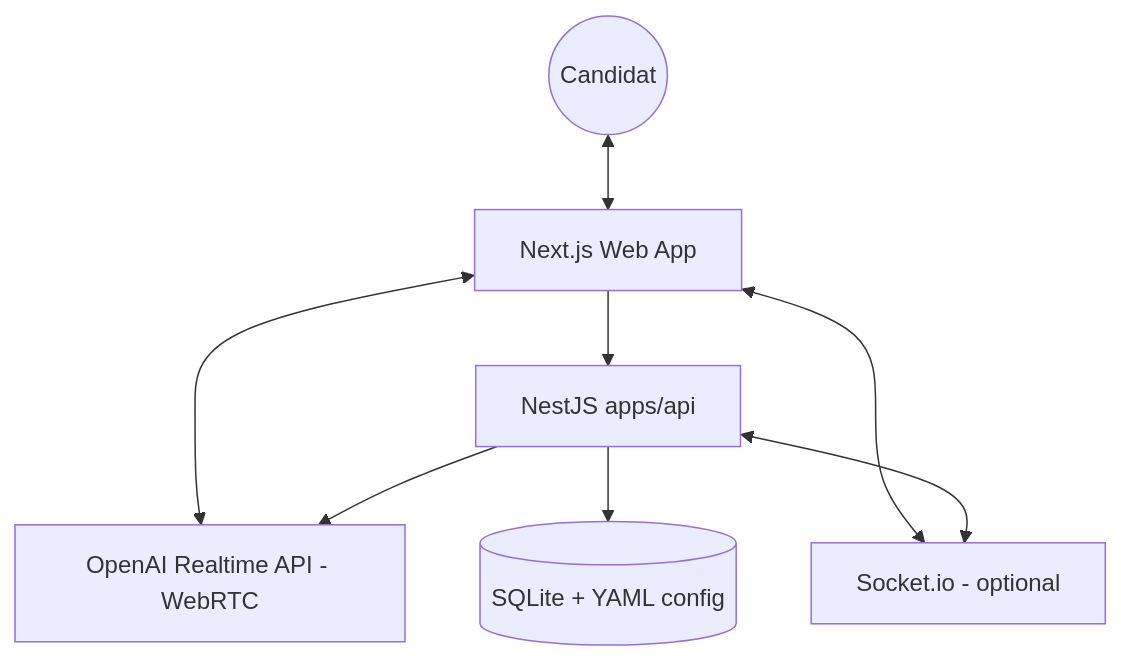
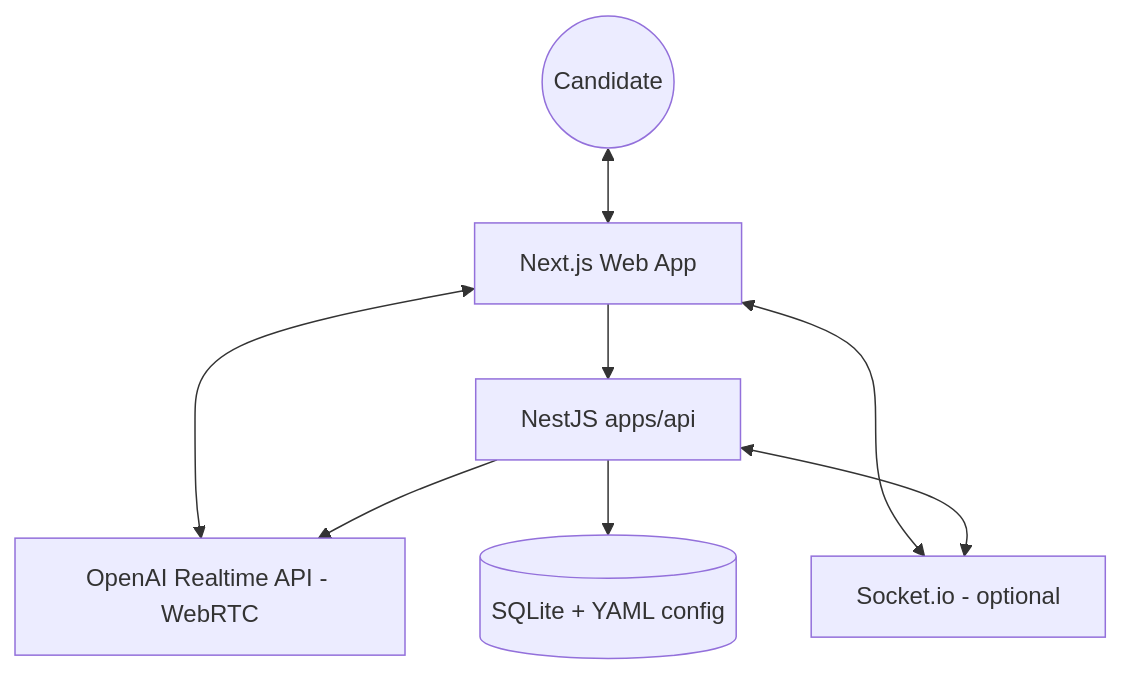
One commit to yortyrh/parle-tcf changed the diagram in AGENTS.md. Above: the diagram before and after it, drawn with Mermaid. The commit also changed other lines of this file and 15 other files, not shown here.

````diff
--- a/AGENTS.md
+++ b/AGENTS.md
@@ -7,10 +7,10 @@
 ```mermaid
 graph TD
-  User((Candidat)) <--> Web[Next.js Web App]
+  User((Candidate)) <--> Web[Next.js Web App]
   Web --> API[NestJS apps/api]
   Web <--> OAI[OpenAI Realtime API - WebRTC]
   API --> OAI
   API --> DB[(SQLite + YAML config)]
   Web <--> SIO[Socket.io - optional]
   API <--> SIO
 ```
````
